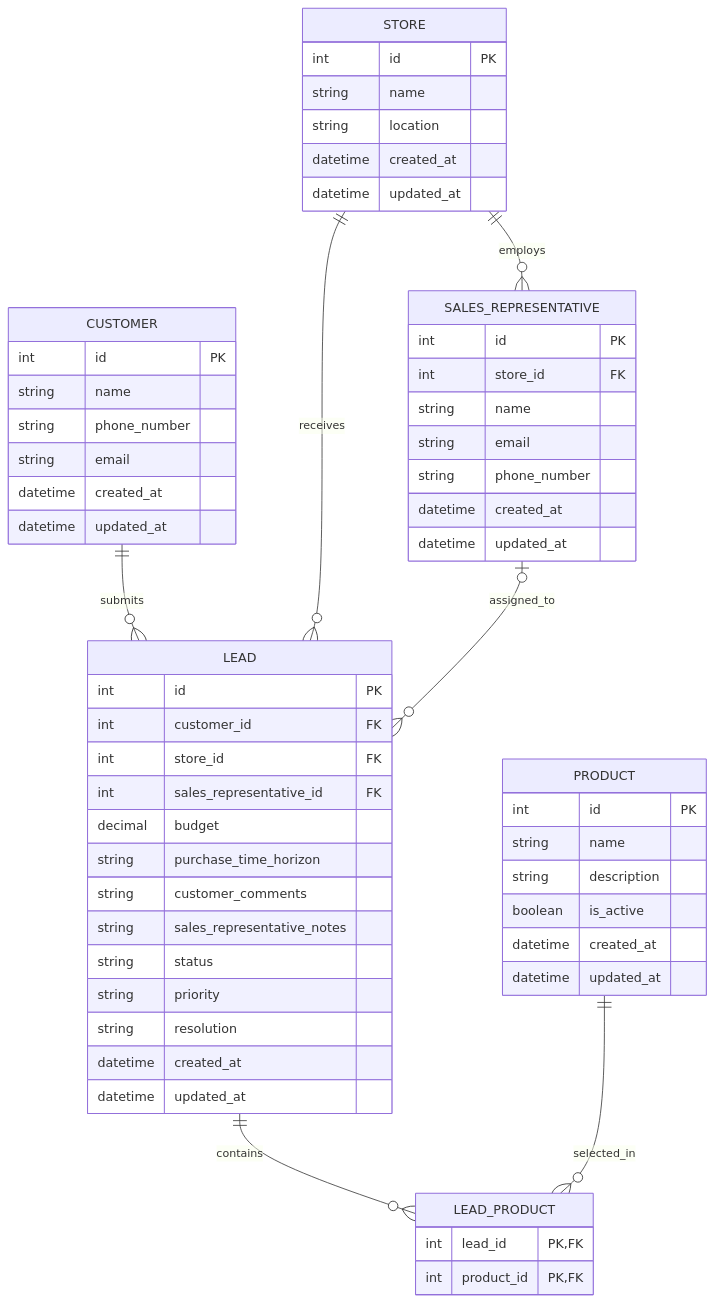
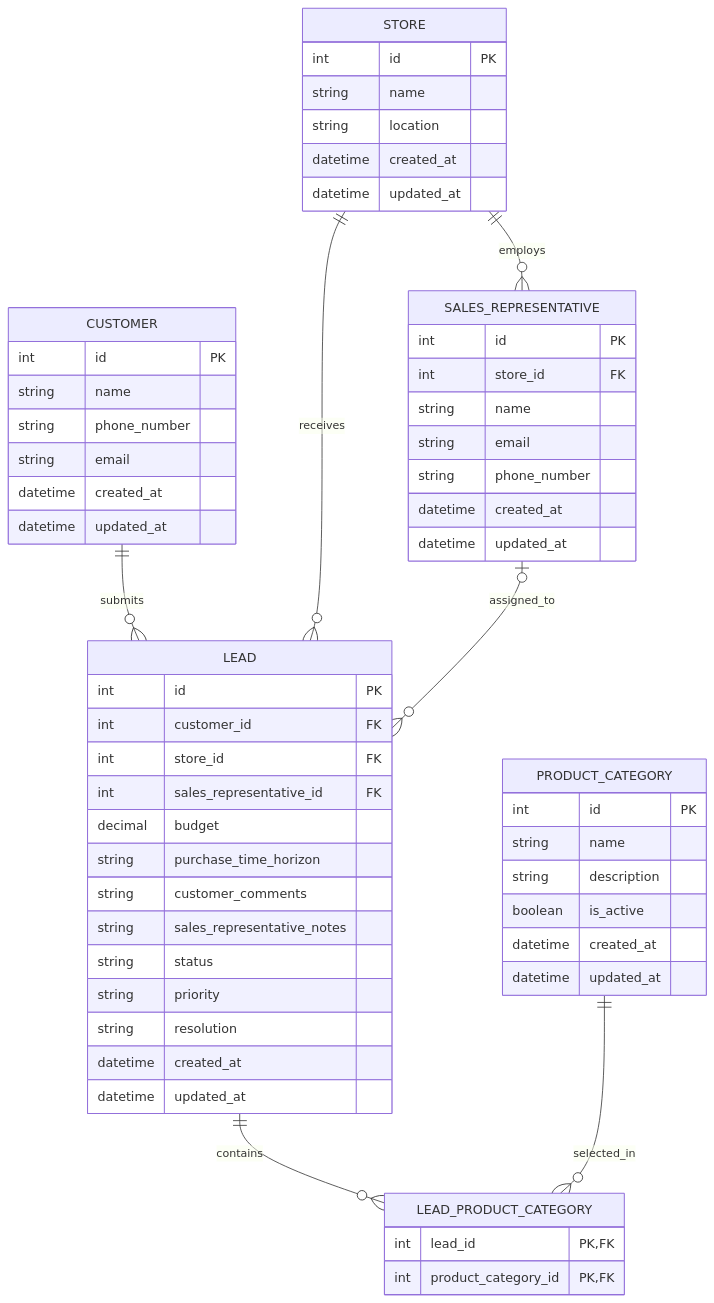
Before and after one commit to JuanCode10/company-form-app: the diagram in backend/docs/database-design.md, drawn with Mermaid. The commit also changed other lines of this file, not shown here.

Commit message:
feat: update database design to include ProductCategory and LeadProductCategory relationships

````diff
--- a/backend/docs/database-design.md
+++ b/backend/docs/database-design.md
@@ -218,66 +222,66 @@
 ```mermaid
 erDiagram
     CUSTOMER ||--o{ LEAD : submits
     STORE ||--o{ LEAD : receives
     STORE ||--o{ SALES_REPRESENTATIVE : employs
     SALES_REPRESENTATIVE o|--o{ LEAD : assigned_to
-    LEAD ||--o{ LEAD_PRODUCT : contains
-    PRODUCT ||--o{ LEAD_PRODUCT : selected_in
+    LEAD ||--o{ LEAD_PRODUCT_CATEGORY : contains
+    PRODUCT_CATEGORY ||--o{ LEAD_PRODUCT_CATEGORY : selected_in
 
     CUSTOMER {
         int id PK
         string name
         string phone_number
         string email
         datetime created_at
         datetime updated_at
     }
 
     LEAD {
         int id PK
         int customer_id FK
         int store_id FK
         int sales_representative_id FK
         decimal budget
         string purchase_time_horizon
         string customer_comments
         string sales_representative_notes
         string status
         string priority
         string resolution
         datetime created_at
         datetime updated_at
     }
 
     STORE {
         int id PK
         string name
         string location
         datetime created_at
         datetime updated_at
     }
 
     SALES_REPRESENTATIVE {
         int id PK
         int store_id FK
         string name
         string email
         string phone_number
         datetime created_at
         datetime updated_at
     }
 
-    PRODUCT {
+    PRODUCT_CATEGORY {
         int id PK
         string name
         string description
         boolean is_active
         datetime created_at
         datetime updated_at
     }
 
-    LEAD_PRODUCT {
+    LEAD_PRODUCT_CATEGORY {
         int lead_id PK, FK
-        int product_id PK, FK
+        int product_category_id PK, FK
     }
 ```
````
